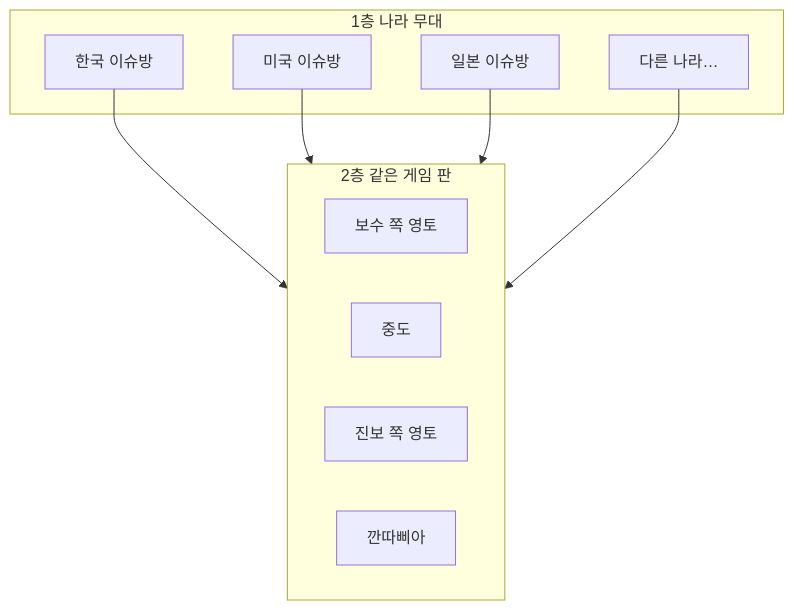
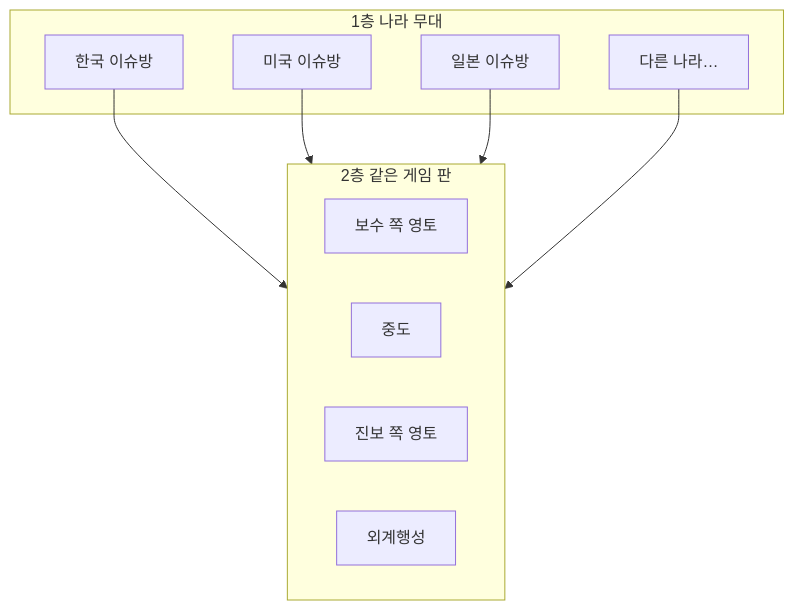
One commit to kyb041028-ctrl/sentnse_craft changed the diagram in docs/영토_다국가_설계.md. Above: the diagram before and after it, drawn with Mermaid. The commit also changed other lines of this file and 55 other files, not shown here.

````diff
--- a/docs/영토_다국가_설계.md
+++ b/docs/영토_다국가_설계.md
@@ -27,21 +27,21 @@
 ```mermaid
 flowchart TB
   subgraph country [1층 나라 무대]
     KR[한국 이슈방]
     US[미국 이슈방]
     JP[일본 이슈방]
     XX[다른 나라…]
   end
 
   subgraph axis [2층 같은 게임 판]
     L[보수 쪽 영토]
     C[중도]
     R[진보 쪽 영토]
-    K[깐따삐아]
+    K["외계행성"]
   end
 
   KR --> axis
   US --> axis
   JP --> axis
   XX --> axis
 ```
````
